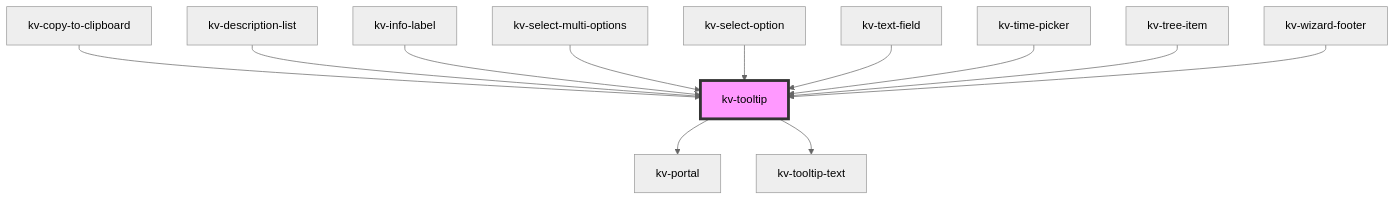
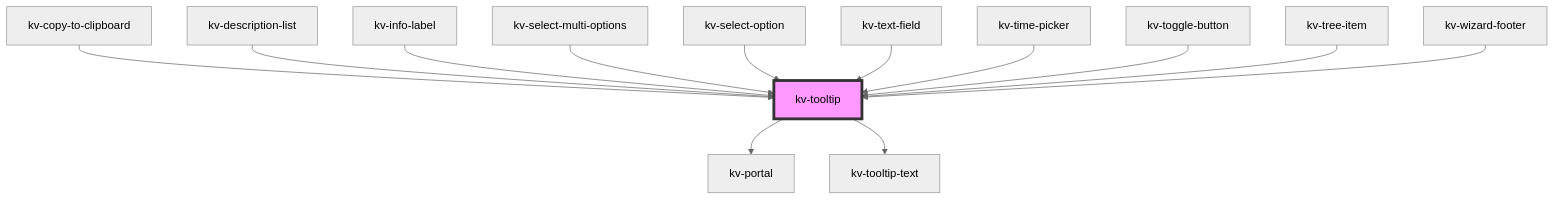
The diagram in packages/ui-components/src/components/tooltip/readme.md (kelvininc/ui-components), drawn with Mermaid (neutral theme) before and after one commit. The commit also changed other lines of this file and 10 other files, not shown here.

Commit message:
feat(toggle-button): adds support to display tooltip text [KFE-2416]

````diff
--- a/packages/ui-components/src/components/tooltip/readme.md
+++ b/packages/ui-components/src/components/tooltip/readme.md
@@ -81,15 +82,16 @@
 ```mermaid
 graph TD;
   kv-tooltip --> kv-portal
   kv-tooltip --> kv-tooltip-text
   kv-copy-to-clipboard --> kv-tooltip
   kv-description-list --> kv-tooltip
   kv-info-label --> kv-tooltip
   kv-select-multi-options --> kv-tooltip
   kv-select-option --> kv-tooltip
   kv-text-field --> kv-tooltip
   kv-time-picker --> kv-tooltip
+  kv-toggle-button --> kv-tooltip
   kv-tree-item --> kv-tooltip
   kv-wizard-footer --> kv-tooltip
   style kv-tooltip fill:#f9f,stroke:#333,stroke-width:4px
 ```
````
